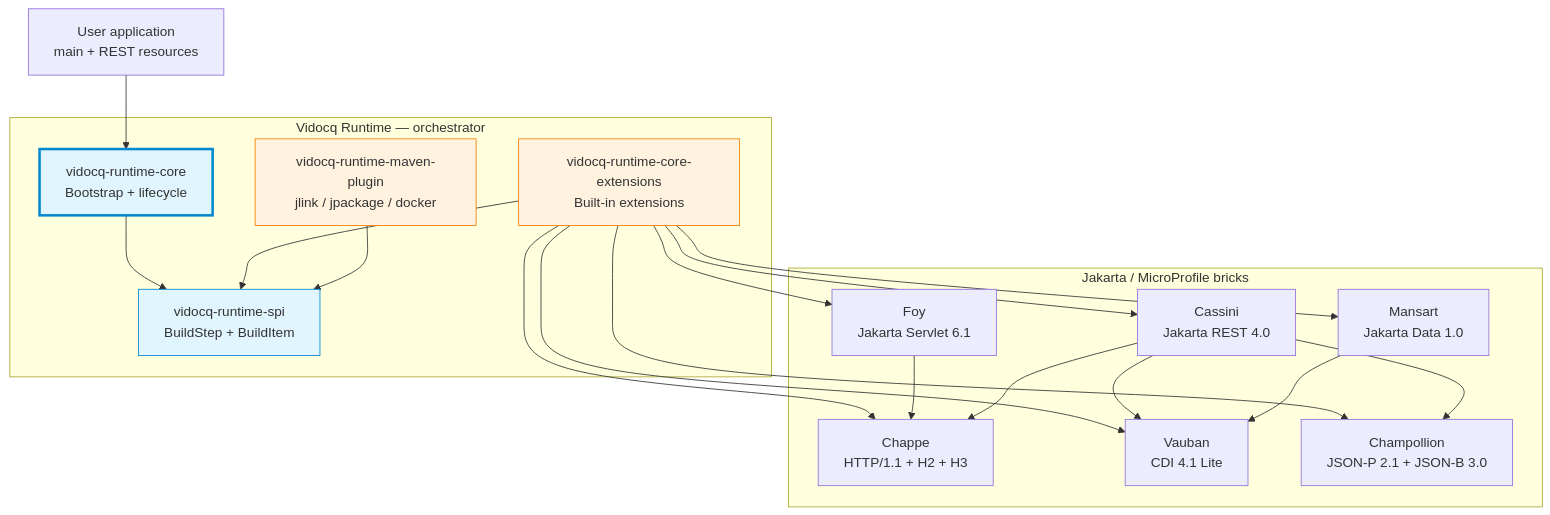
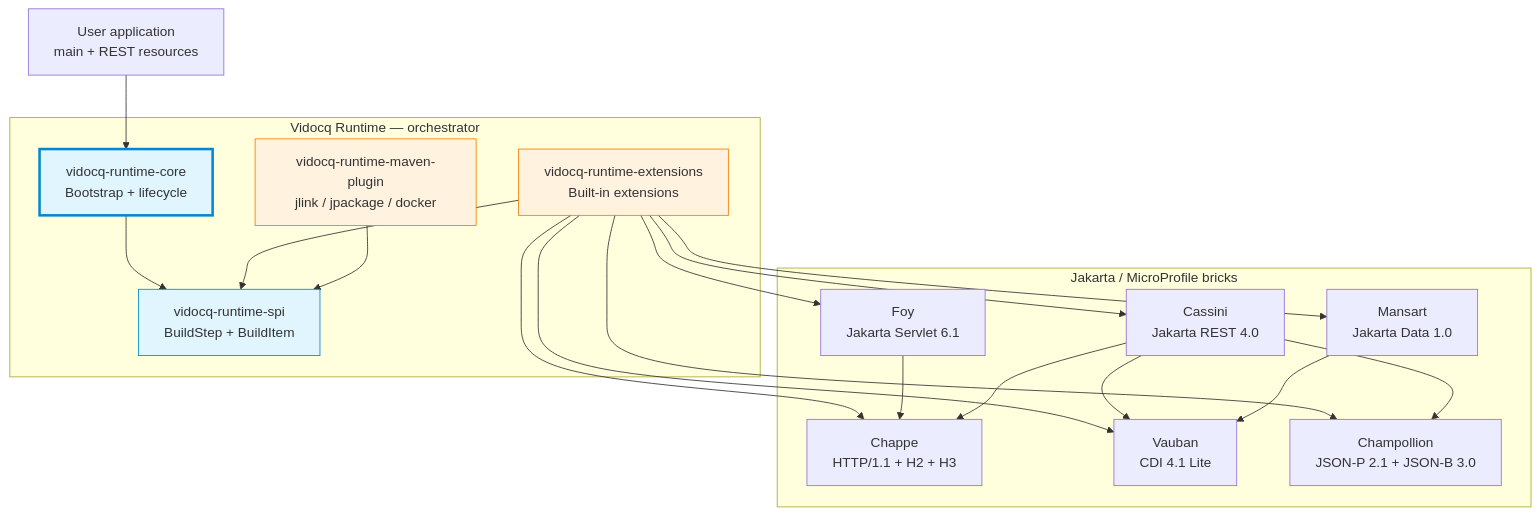
One commit to vidocq-stack/vidocq changed the diagram in docs/en/modules/ROOT/pages/index.adoc. Above: the diagram before and after it, drawn with Mermaid. The commit also changed 151 other files, not shown here.

```diff
--- a/docs/en/modules/ROOT/pages/index.adoc
+++ b/docs/en/modules/ROOT/pages/index.adoc
@@ -45,44 +45,44 @@
 [mermaid]
 ....
 graph TB
     subgraph "Vidocq Runtime — orchestrator"
         MPS[vidocq-runtime-core<br/>Bootstrap + lifecycle]
         SPI[vidocq-runtime-spi<br/>BuildStep + BuildItem]
-        EXT[vidocq-runtime-core-extensions<br/>Built-in extensions]
+        EXT[vidocq-runtime-extensions<br/>Built-in extensions]
         PLUGIN[vidocq-runtime-maven-plugin<br/>jlink / jpackage / docker]
     end
 
     subgraph "Jakarta / MicroProfile bricks"
         CHAPPE[Chappe<br/>HTTP/1.1 + H2 + H3]
         FOY[Foy<br/>Jakarta Servlet 6.1]
         CASSINI[Cassini<br/>Jakarta REST 4.0]
         VAUBAN[Vauban<br/>CDI 4.1 Lite]
         CHAMPOLLION[Champollion<br/>JSON-P 2.1 + JSON-B 3.0]
         MANSART[Mansart<br/>Jakarta Data 1.0]
     end
 
     APP[User application<br/>main + REST resources]
 
     APP --> MPS
     MPS --> SPI
     EXT --> SPI
     PLUGIN --> SPI
 
     EXT --> CHAPPE
     EXT --> VAUBAN
     EXT --> CHAMPOLLION
     EXT --> FOY
     EXT --> CASSINI
     EXT --> MANSART
 
     FOY --> CHAPPE
     CASSINI --> CHAPPE
     CASSINI --> VAUBAN
     CASSINI --> CHAMPOLLION
     MANSART --> VAUBAN
 
     style MPS fill:#e1f5fe,stroke:#0288d1,stroke-width:3px
     style SPI fill:#e1f5fe,stroke:#0288d1
     style EXT fill:#fff3e0,stroke:#f57c00
     style PLUGIN fill:#fff3e0,stroke:#f57c00
 ....
```
